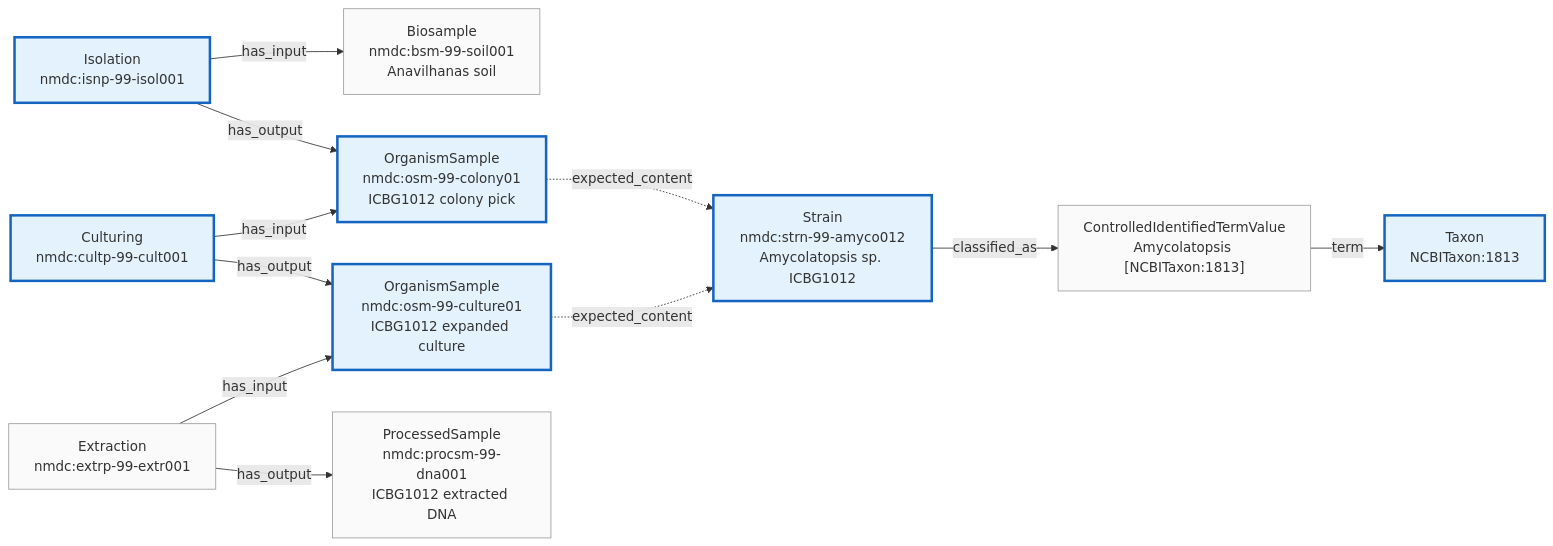
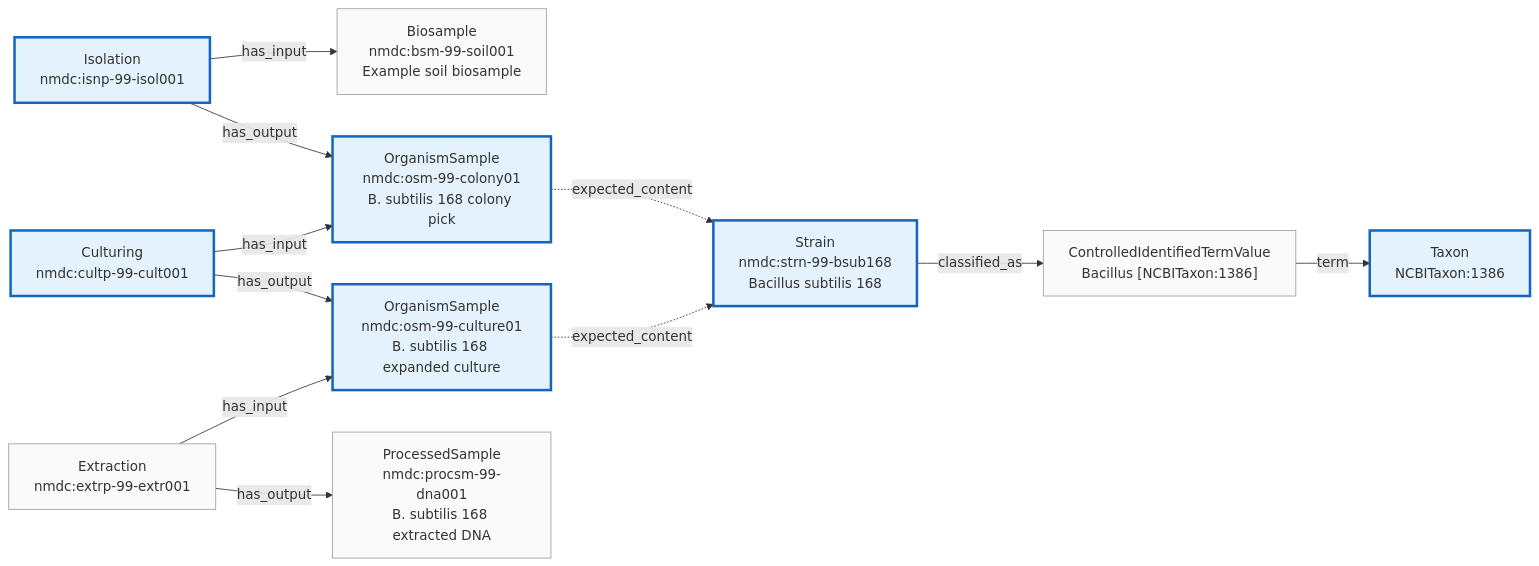
The diagram in src/docs/images/use-case-1-environmental-isolation.mmd (microbiomedata/nmdc-schema), drawn with Mermaid before and after one commit. The commit also changed 6 other files, not shown here.

```diff
--- a/src/docs/images/use-case-1-environmental-isolation.mmd
+++ b/src/docs/images/use-case-1-environmental-isolation.mmd
@@ -1,33 +1,33 @@
 %% Derived from src/data/valid/Database-isolate-from-soil-workflow.yaml.
 %% Shows every entity and edge asserted by the data file, including the
 %% ControlledIdentifiedTermValue wrapper between Strain.classified_as and Taxon.
 %% Upstream collection context (FieldResearchSite + CollectingBiosamplesFromSite)
 %% is not currently in the data file — omitted here to keep diagram faithful.
 flowchart LR
-    BSM["Biosample<br/>nmdc:bsm-99-soil001<br/>Anavilhanas soil"]
+    BSM["Biosample<br/>nmdc:bsm-99-soil001<br/>Example soil biosample"]
     ISN["Isolation<br/>nmdc:isnp-99-isol001"]
-    OSM1["OrganismSample<br/>nmdc:osm-99-colony01<br/>ICBG1012 colony pick"]
+    OSM1["OrganismSample<br/>nmdc:osm-99-colony01<br/>B. subtilis 168 colony pick"]
     CULT["Culturing<br/>nmdc:cultp-99-cult001"]
-    OSM2["OrganismSample<br/>nmdc:osm-99-culture01<br/>ICBG1012 expanded culture"]
+    OSM2["OrganismSample<br/>nmdc:osm-99-culture01<br/>B. subtilis 168 expanded culture"]
     EXT["Extraction<br/>nmdc:extrp-99-extr001"]
-    PSM["ProcessedSample<br/>nmdc:procsm-99-dna001<br/>ICBG1012 extracted DNA"]
-    STRN["Strain<br/>nmdc:strn-99-amyco012<br/>Amycolatopsis sp. ICBG1012"]
-    CITV["ControlledIdentifiedTermValue<br/>Amycolatopsis [NCBITaxon:1813]"]
-    TAX["Taxon<br/>NCBITaxon:1813"]
+    PSM["ProcessedSample<br/>nmdc:procsm-99-dna001<br/>B. subtilis 168 extracted DNA"]
+    STRN["Strain<br/>nmdc:strn-99-bsub168<br/>Bacillus subtilis 168"]
+    CITV["ControlledIdentifiedTermValue<br/>Bacillus [NCBITaxon:1386]"]
+    TAX["Taxon<br/>NCBITaxon:1386"]
 
     ISN -->|has_input| BSM
     ISN -->|has_output| OSM1
     CULT -->|has_input| OSM1
     CULT -->|has_output| OSM2
     EXT -->|has_input| OSM2
     EXT -->|has_output| PSM
 
     OSM1 -.->|expected_content| STRN
     OSM2 -.->|expected_content| STRN
     STRN -->|classified_as| CITV
     CITV -->|term| TAX
 
     classDef newPR fill:#e3f2fd,stroke:#1565c0,stroke-width:3px
     classDef concrete fill:#fafafa,stroke:#9e9e9e
     class ISN,CULT,OSM1,OSM2,STRN,TAX newPR
     class BSM,EXT,PSM,CITV concrete
```
